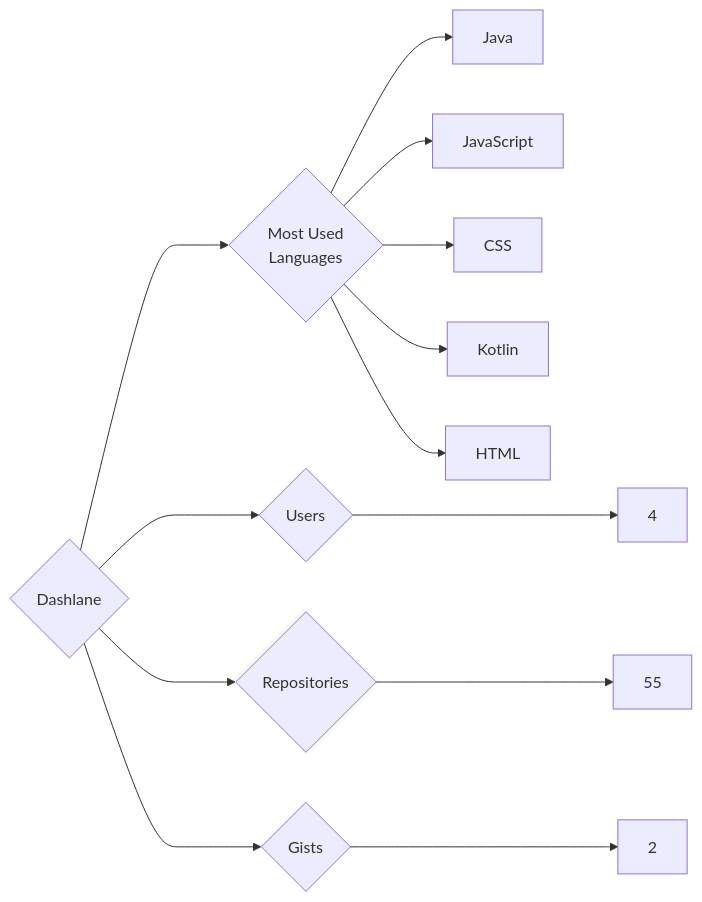
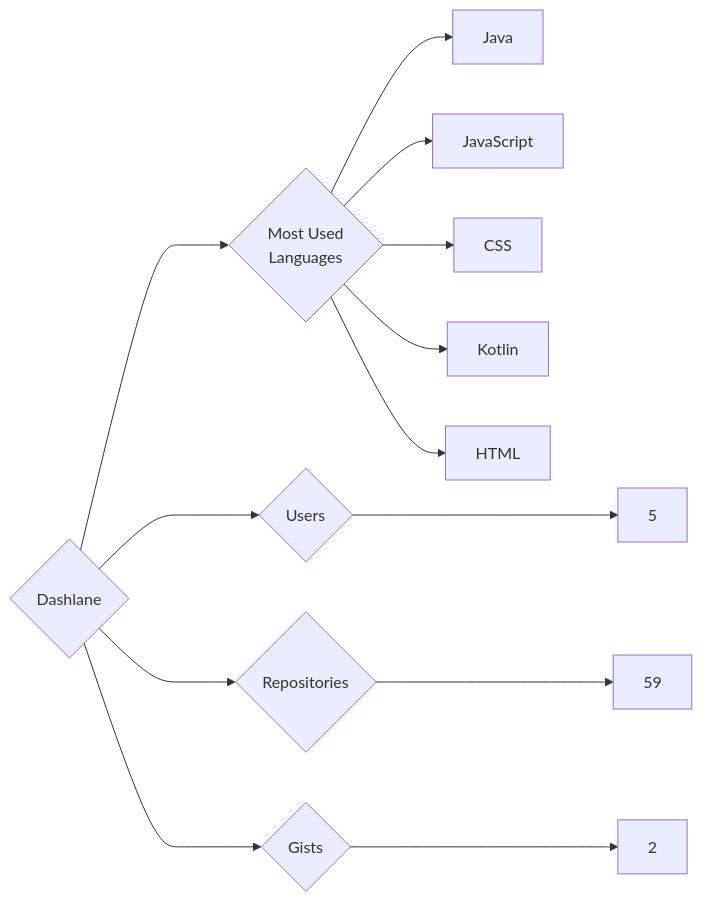
Before and after one commit to trickest/insiders: the diagram in targets/Dashlane/README.md, drawn with Mermaid. The commit also changed 942 other files, not shown here.

````diff
--- a/targets/Dashlane/README.md
+++ b/targets/Dashlane/README.md
@@ -3,13 +3,13 @@
 ```mermaid
 graph LR
 COMPANY_NAME{Dashlane}
-COMPANY_NAME ---> U{Users} ---> UN[4]
-COMPANY_NAME ---> R{Repositories} ---> RN[55]
+COMPANY_NAME ---> U{Users} ---> UN[5]
+COMPANY_NAME ---> R{Repositories} ---> RN[59]
 COMPANY_NAME ---> G{Gists} ---> GN[2]
 COMPANY_NAME ---> ML{Most Used<br>Languages}
 ML --> Java[Java]
 ML --> JavaScript[JavaScript]
 ML --> CSS[CSS]
 ML --> Kotlin[Kotlin]
 ML --> HTML[HTML]
 ```
````
